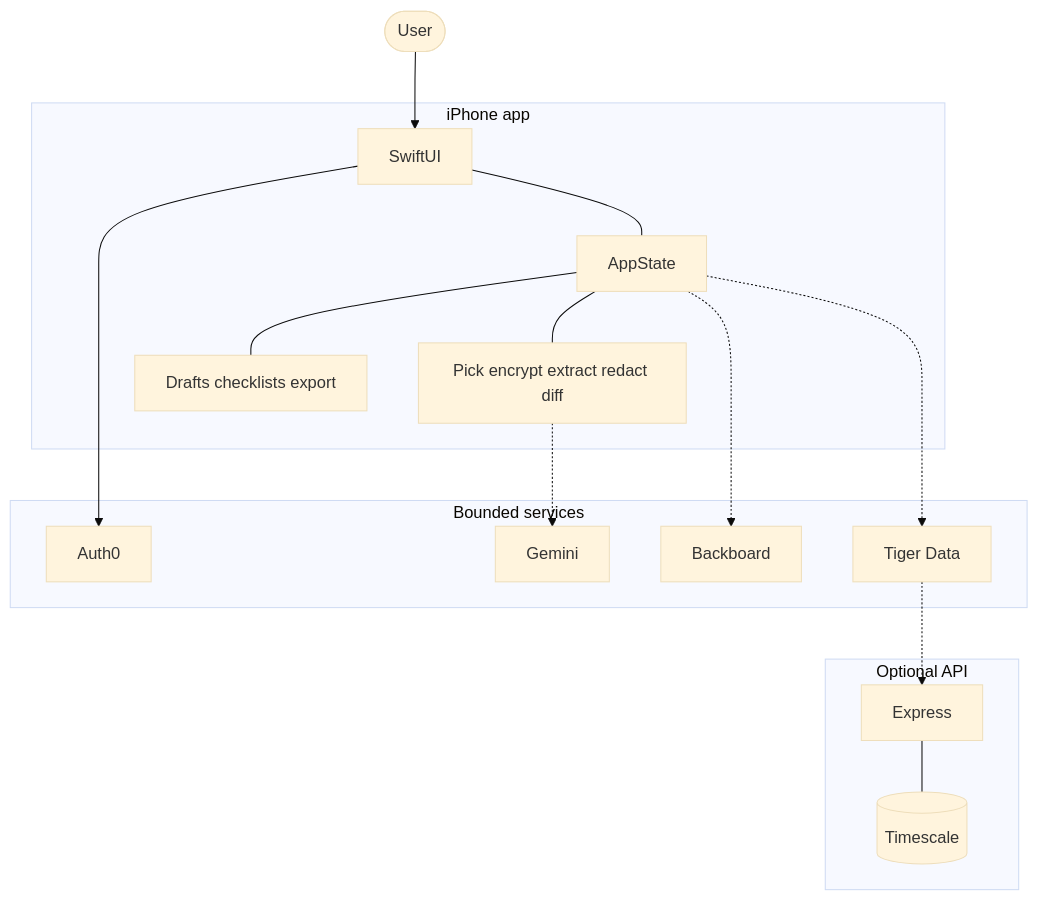
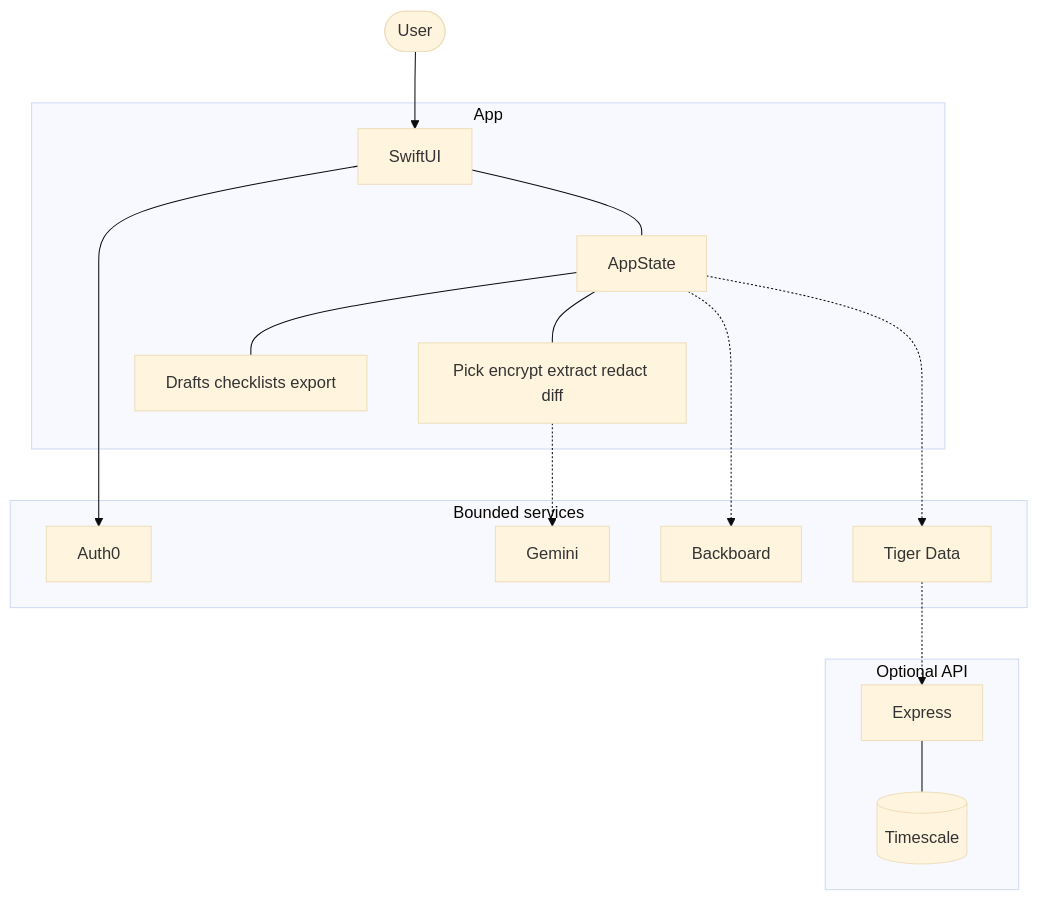
Before and after one commit to Vivianavvg/mosaicweb_demo: the first of 2 diagrams in README.md, drawn with Mermaid (base theme). The commit also changed other lines of this file and 5 other files, not shown here.

````diff
--- a/README.md
+++ b/README.md
@@ -130,34 +174,34 @@
 ```mermaid
 flowchart TB
     User([User])
 
-    subgraph phone [iPhone app]
+    subgraph phone [App]
         UI[SwiftUI]
         State[AppState]
         Local[Pick encrypt extract redact diff]
         Drafts[Drafts checklists export]
         UI --- State
         State --- Local
         State --- Drafts
     end
 
     subgraph cloud [Bounded services]
         Auth0[Auth0]
         Gemini[Gemini]
         Backboard[Backboard]
         Tiger[Tiger Data]
     end
 
     subgraph api [Optional API]
         Express[Express]
         DB[(Timescale)]
         Express --- DB
     end
 
     User --> UI
     UI --> Auth0
     Local -.-> Gemini
     State -.-> Backboard
     State -.-> Tiger
     Tiger -.-> Express
 ```
````
